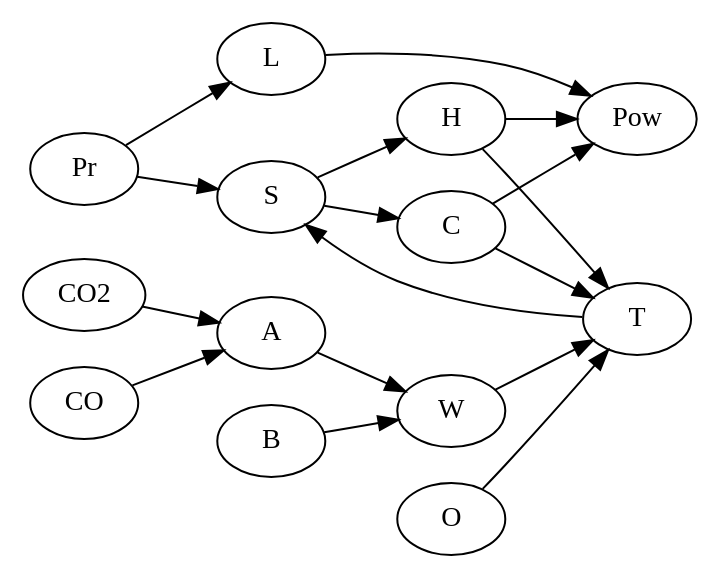
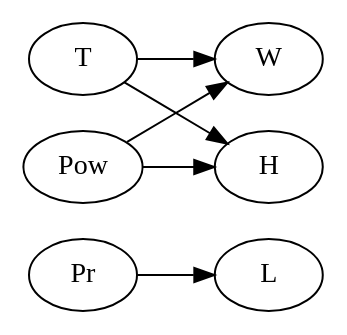
The diagram in tmp/3/Digraph.gv (smarianimore/multiagent_algorithm), drawn with Graphviz before and after one commit. The commit also changed 17 other files, not shown here.

```diff
--- a/tmp/3/Digraph.gv
+++ b/tmp/3/Digraph.gv
@@ -1,19 +1,8 @@
 digraph {
 	graph [rankdir=LR]
 	Pr -> L
-	Pr -> S
-	L -> Pow
-	S -> H
-	H -> Pow
-	S -> C
-	C -> Pow
-	H -> T
-	C -> T
-	CO -> A
-	CO2 -> A
-	A -> W
-	B -> W
-	O -> T
-	W -> T
-	T -> S
+	T -> W
+	T -> H
+	Pow -> W
+	Pow -> H
 }
```
